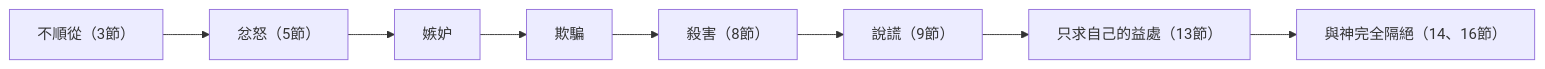
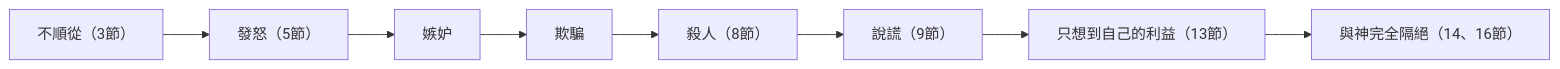
One commit to andyjr5566/Bible_wiki_zh_website changed the diagram in content/01 創世記/第4章.md. Above: the diagram before and after it, drawn with Mermaid. The commit also changed other lines of this file and 998 other files, not shown here.

````diff
--- a/content/01 創世記/第4章.md
+++ b/content/01 創世記/第4章.md
@@ -133,10 +133,10 @@
 ```mermaid
 flowchart LR
-  A["不順從（3節）"] --> B["忿怒（5節）"]
+  A["不順從（3節）"] --> B["發怒（5節）"]
   B --> C["嫉妒"]
   C --> D["欺騙"]
-  D --> E["殺害（8節）"]
+  D --> E["殺人（8節）"]
   E --> F["說謊（9節）"]
-  F --> G["只求自己的益處（13節）"]
+  F --> G["只想到自己的利益（13節）"]
   G --> H["與神完全隔絕（14、16節）"]
 ```
````
